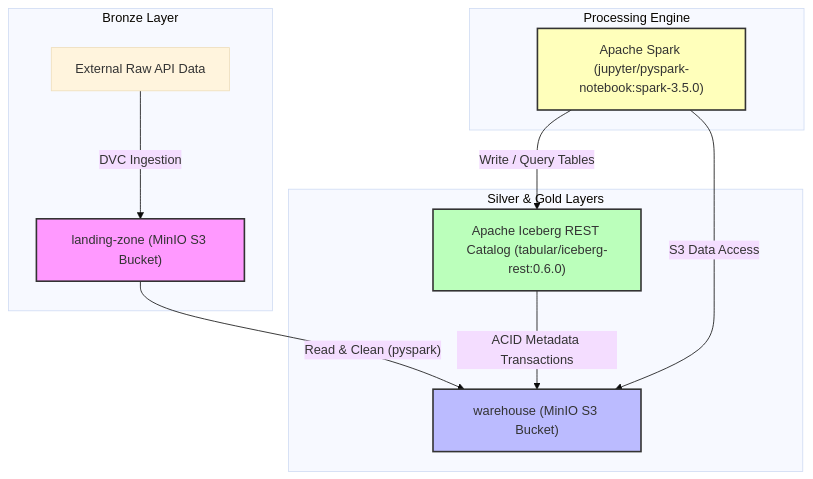
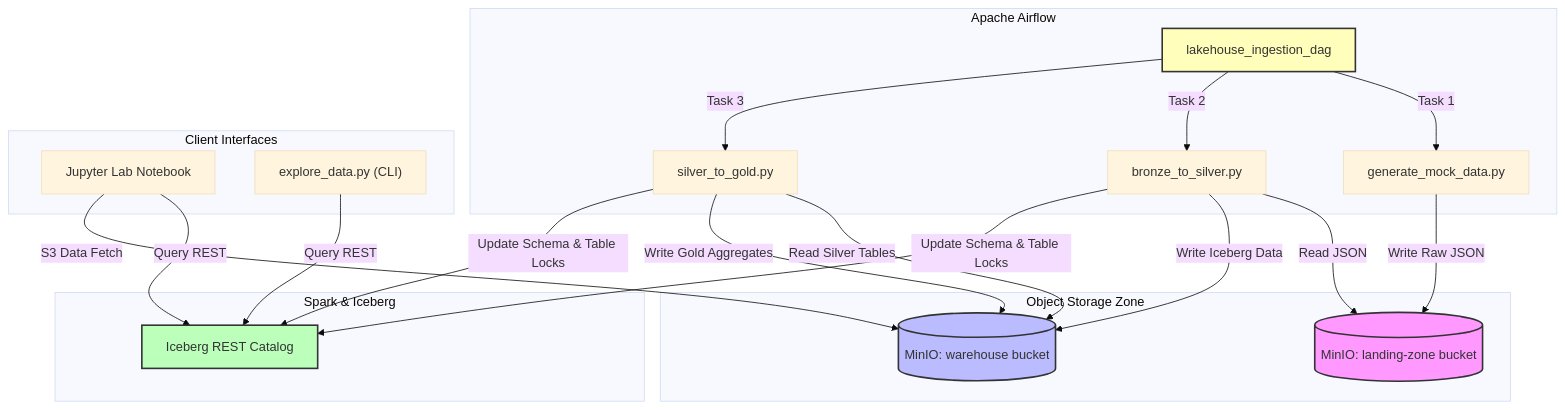
The diagram in README.md (sreeram0343/lakehouse-ingestion-pipeline), drawn with Mermaid (base theme) before and after one commit. The commit also changed other lines of this file, not shown here.

Commit message:
docs: update README with comprehensive goals, architecture, medallion layers, and orchestration

````diff
--- a/README.md
+++ b/README.md
@@ -11,21 +22,34 @@
 ```mermaid
 graph TD
-    subgraph Ingestion & Landing [Bronze Layer]
-        A["External Raw API Data"] -->|"DVC Ingestion"| B["landing-zone (MinIO S3 Bucket)"]
+    subgraph Storage [Object Storage Zone]
+        landing[(MinIO: landing-zone bucket)]
+        warehouse[(MinIO: warehouse bucket)]
     end
 
-    subgraph Table Warehouse [Silver & Gold Layers]
-        B -->|"Read & Clean (pyspark)"| C["warehouse (MinIO S3 Bucket)"]
-        D["Apache Iceberg REST Catalog (tabular/iceberg-rest:0.6.0)"] -->|"ACID Metadata Transactions"| C
+    subgraph Orchestration [Apache Airflow]
+        dag[lakehouse_ingestion_dag] -->|Task 1| gen["generate_mock_data.py"]
+        dag -->|Task 2| b2s["bronze_to_silver.py"]
+        dag -->|Task 3| s2g["silver_to_gold.py"]
     end
 
-    subgraph Distributed Compute [Processing Engine]
-        E["Apache Spark (jupyter/pyspark-notebook:spark-3.5.0)"] -->|"Write / Query Tables"| D
-        E -->|"S3 Data Access"| C
+    subgraph Compute & Catalog [Spark & Iceberg]
+        gen -->|Write Raw JSON| landing
+        b2s -->|Read JSON| landing
+        b2s -->|Write Iceberg Data| warehouse
+        b2s -->|Update Schema & Table Locks| cat[Iceberg REST Catalog]
+        s2g -->|Read Silver Tables| warehouse
+        s2g -->|Write Gold Aggregates| warehouse
+        s2g -->|Update Schema & Table Locks| cat
     end
 
-    style B fill:#f9f,stroke:#333,stroke-width:2px
-    style C fill:#bbf,stroke:#333,stroke-width:2px
-    style D fill:#bfb,stroke:#333,stroke-width:2px
-    style E fill:#ffb,stroke:#333,stroke-width:2px
+    subgraph Exploration [Client Interfaces]
+        jup[Jupyter Lab Notebook] -->|Query REST| cat
+        jup -->|S3 Data Fetch| warehouse
+        exp["explore_data.py (CLI)"] -->|Query REST| cat
+    end
+
+    style landing fill:#f9f,stroke:#333,stroke-width:2px
+    style warehouse fill:#bbf,stroke:#333,stroke-width:2px
+    style cat fill:#bfb,stroke:#333,stroke-width:2px
+    style dag fill:#ffb,stroke:#333,stroke-width:2px
 ```
````
